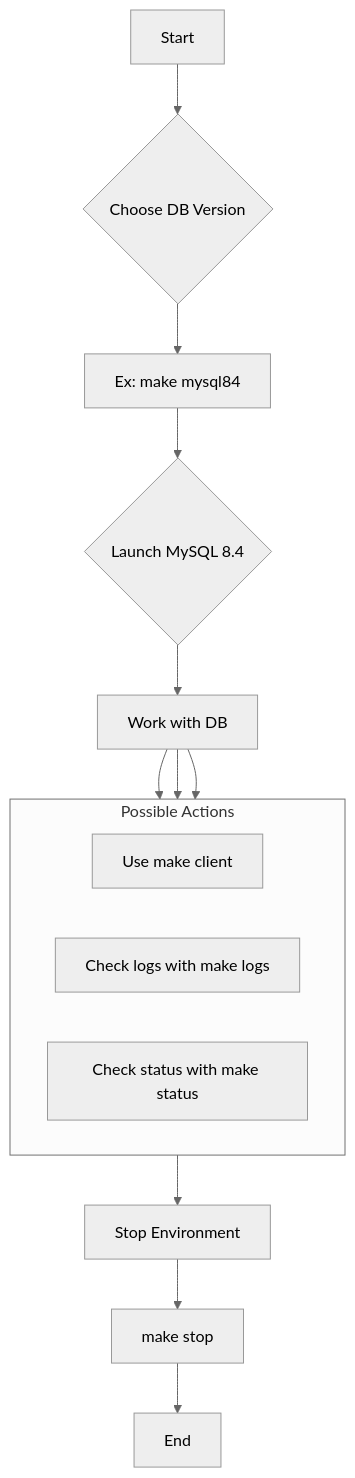
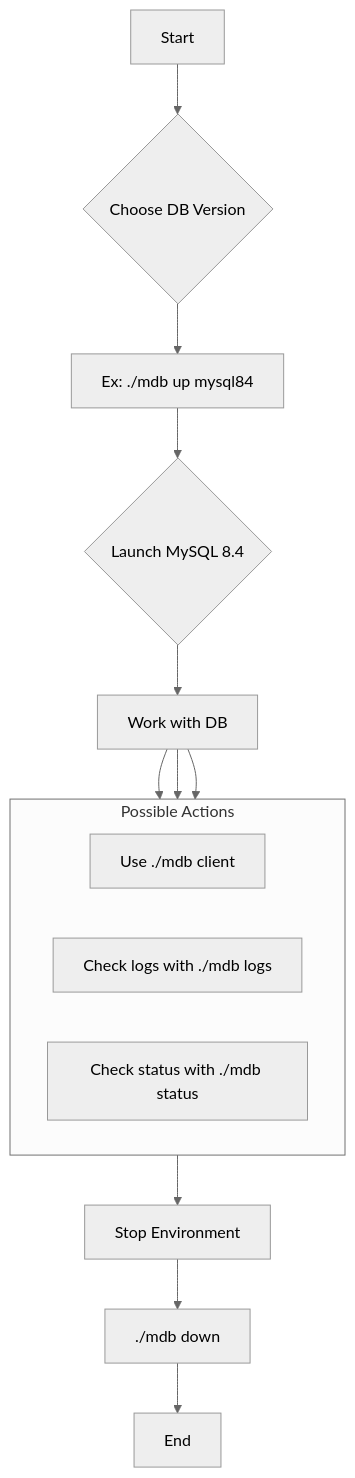
One commit to jmrenouard/multi-db-docker-env changed the second of 2 diagrams in README.md. Above: the diagram before and after it, drawn with Mermaid (neutral theme). The commit also changed other lines of this file, not shown here.

Commit message:
docs(readme): establish ./mdb as single unified entry point and sync YT Cluster links (Refs #339)

````diff
--- a/README.md
+++ b/README.md
@@ -312,17 +304,17 @@
 ```mermaid
 graph TD
     A[Start] --> B{Choose DB Version};
-    B --> C[Ex: make mysql84];
+    B --> C[Ex: ./mdb up mysql84];
     C --> D{Launch MySQL 8.4};
     D --> E[Work with DB];
     subgraph "Possible Actions"
         direction LR
-        F[Use make client]
-        G[Check logs with make logs]
-        H[Check status with make status]
+        F[Use ./mdb client]
+        G[Check logs with ./mdb logs]
+        H[Check status with ./mdb status]
     end
     E --> F & G & H;
     H --> I[Stop Environment];
-    I --> J[make stop];
+    I --> J[./mdb down];
     J --> K[End];
 ```
````
